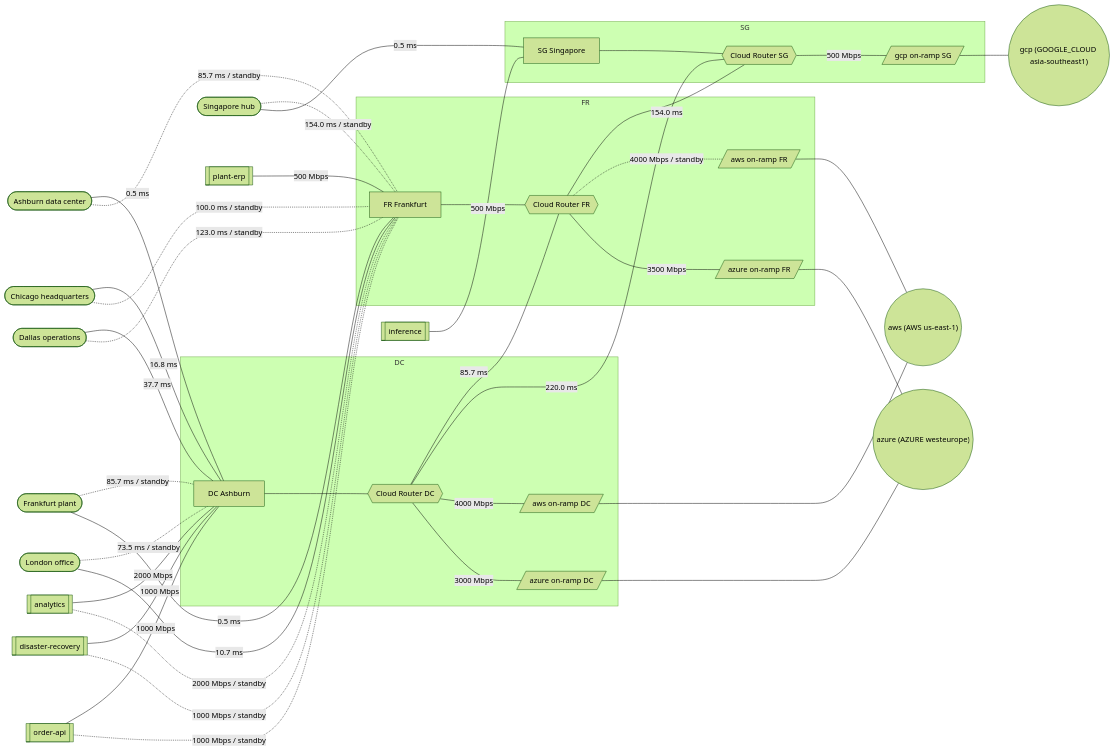
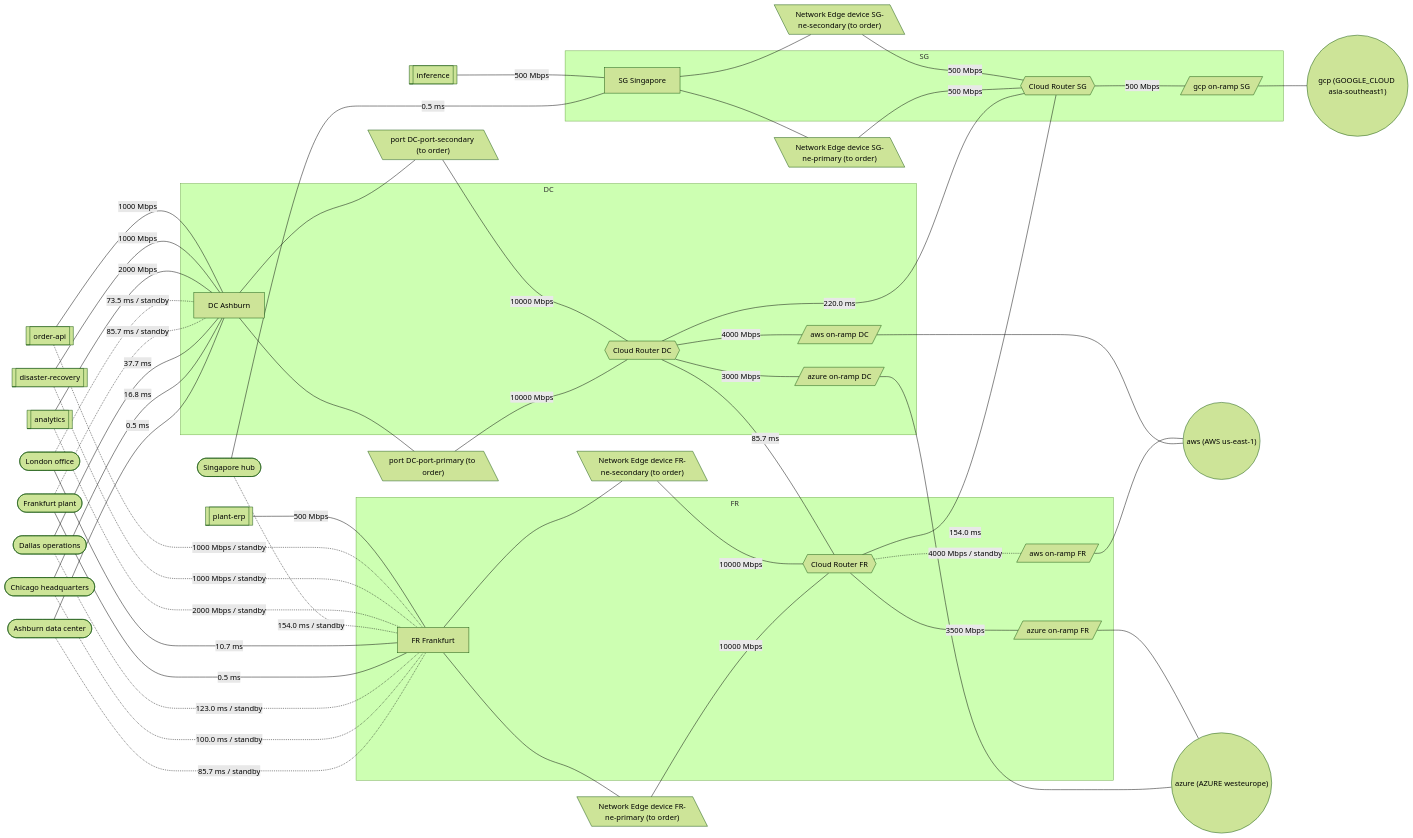
The diagram in docs/design/examples/end-to-end/decision-record.md (iantjones/equinix-java-sdk), drawn with Mermaid (forest theme) before and after one commit. The commit also changed other lines of this file and 67 other files, not shown here.

````diff
--- a/docs/design/examples/end-to-end/decision-record.md
+++ b/docs/design/examples/end-to-end/decision-record.md
@@ -281,6 +281,12 @@
     n22[["inference"]]
     n23[["order-api"]]
     n24[["plant-erp"]]
+    n25[\"port DC-port-primary (to order)"\]
+    n26[\"port DC-port-secondary (to order)"\]
+    n27[\"Network Edge device FR-ne-primary (to order)"\]
+    n28[\"Network Edge device FR-ne-secondary (to order)"\]
+    n29[\"Network Edge device SG-ne-primary (to order)"\]
+    n30[\"Network Edge device SG-ne-secondary (to order)"\]
     subgraph m_DC["DC"]
         n6["DC Ashburn"]
         n9{{"Cloud Router DC"}}
@@ -310,9 +316,6 @@
     n4 ---|"10.7 ms"| n7
     n5 -.-|"154.0 ms / standby"| n7
     n5 ---|"0.5 ms"| n8
-    n6 --- n9
-    n7 --- n10
-    n8 --- n11
     n9 ---|"85.7 ms"| n10
     n9 ---|"220.0 ms"| n11
     n10 ---|"154.0 ms"| n11
@@ -334,4 +337,16 @@
     n23 ---|"1000 Mbps"| n6
     n23 -.-|"1000 Mbps / standby"| n7
     n24 ---|"500 Mbps"| n7
+    n6 --- n25
+    n6 --- n26
+    n7 --- n27
+    n7 --- n28
+    n8 --- n29
+    n8 --- n30
+    n25 ---|"10000 Mbps"| n9
+    n26 ---|"10000 Mbps"| n9
+    n27 ---|"10000 Mbps"| n10
+    n28 ---|"10000 Mbps"| n10
+    n29 ---|"500 Mbps"| n11
+    n30 ---|"500 Mbps"| n11
 ```
````
